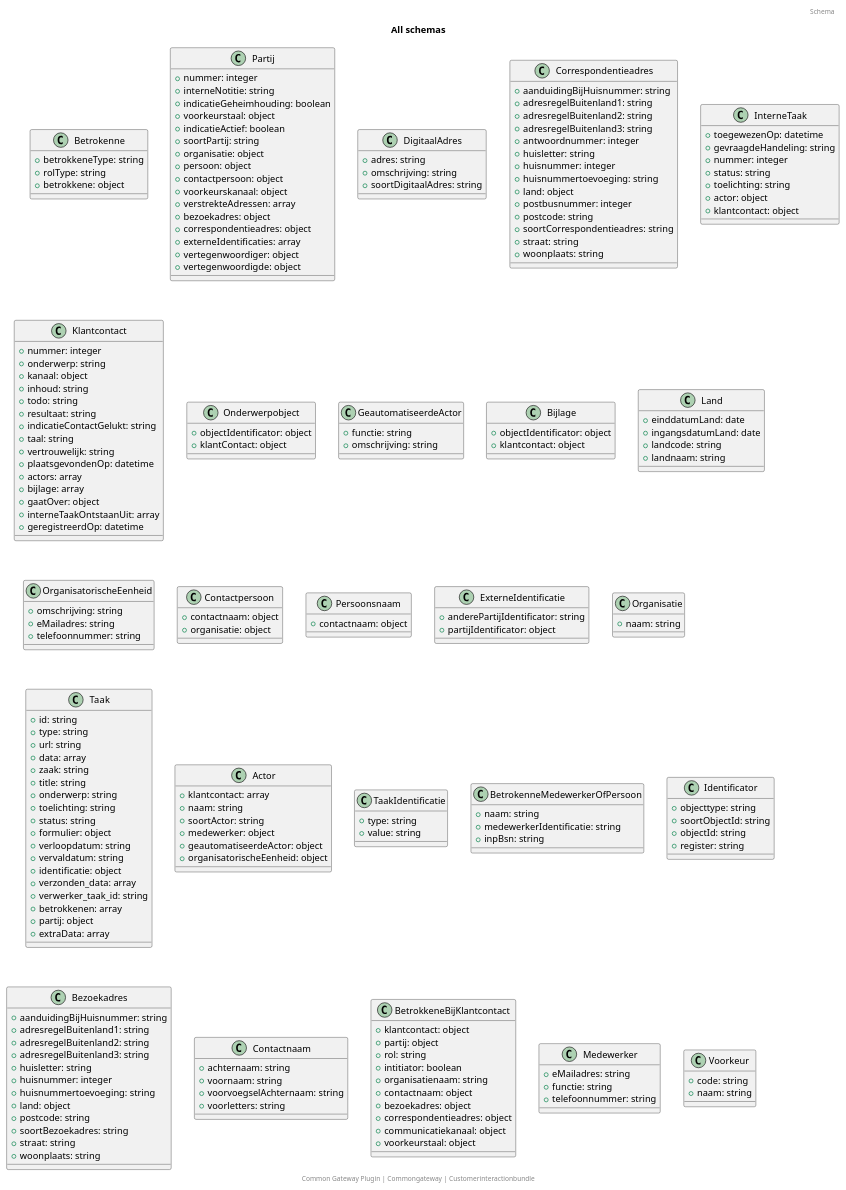
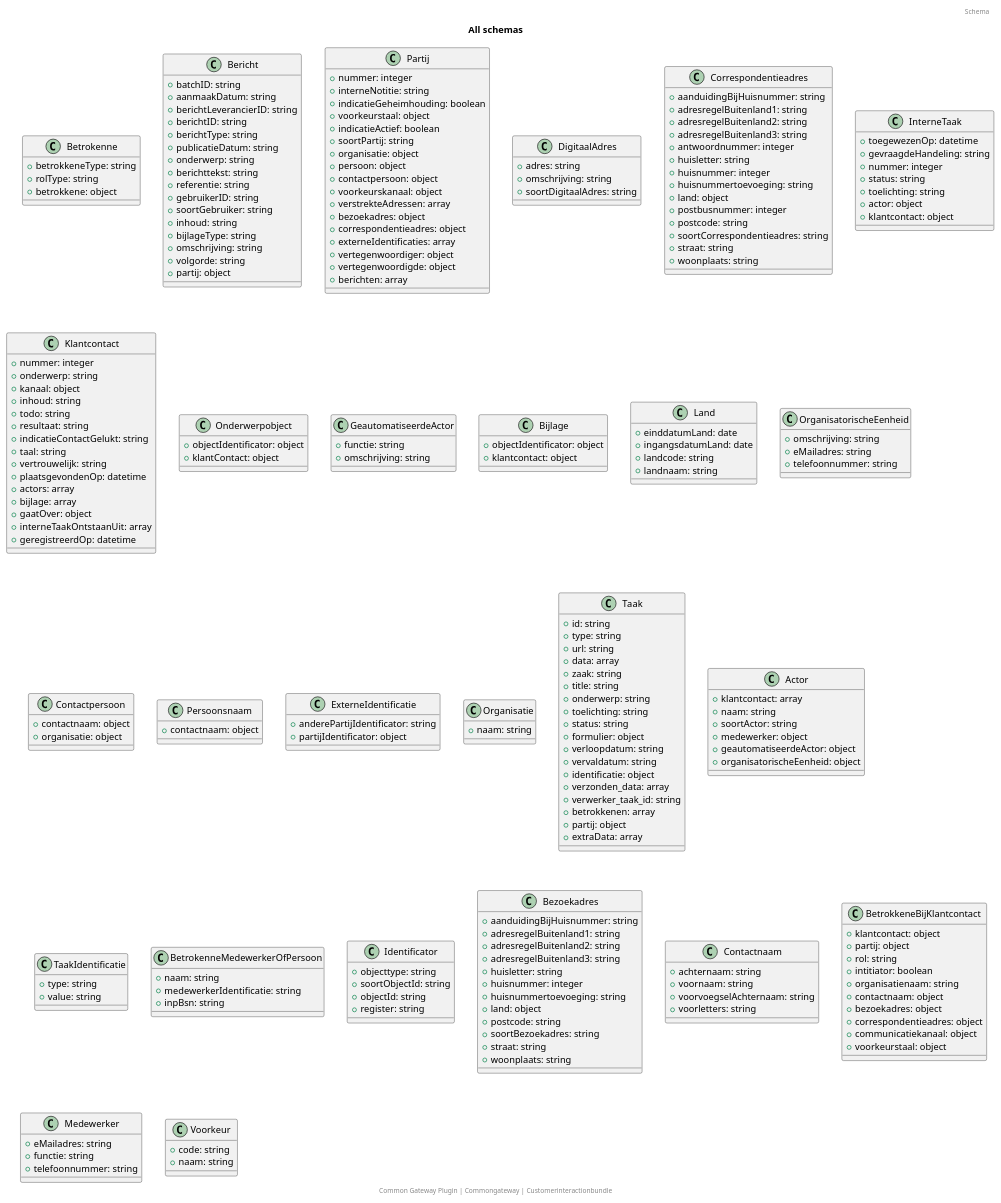
The diagram in docs/schema/all_schema_classes.puml (CommonGateway/CustomerInteractionBundle), drawn with PlantUML before and after one commit. The commit also changed 29 other files, not shown here.

```diff
--- a/docs/schema/all_schema_classes.puml
+++ b/docs/schema/all_schema_classes.puml
@@ -6,6 +6,24 @@
   + betrokkeneType: string
   + rolType: string
   + betrokkene: object
+}
+class Bericht {
+  + batchID: string
+  + aanmaakDatum: string
+  + berichtLeverancierID: string
+  + berichtID: string
+  + berichtType: string
+  + publicatieDatum: string
+  + onderwerp: string
+  + berichttekst: string
+  + referentie: string
+  + gebruikerID: string
+  + soortGebruiker: string
+  + inhoud: string
+  + bijlageType: string
+  + omschrijving: string
+  + volgorde: string
+  + partij: object
 }
 class Partij {
   + nummer: integer
@@ -24,6 +42,7 @@
   + externeIdentificaties: array
   + vertegenwoordiger: object
   + vertegenwoordigde: object
+  + berichten: array
 }
 class DigitaalAdres {
   + adres: string
```
